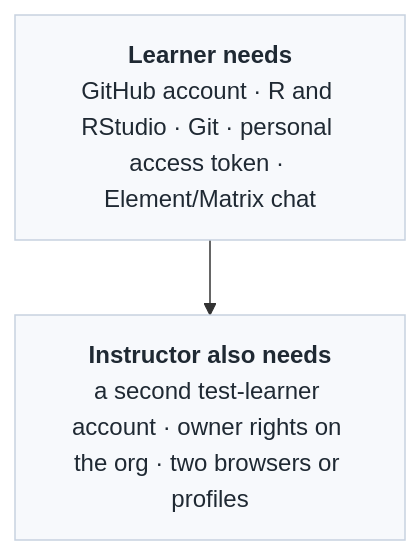
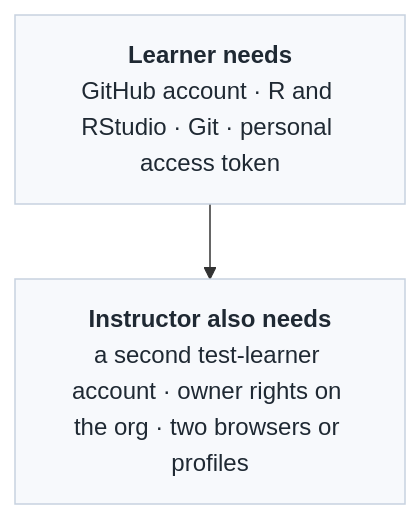
One commit to gitforsci/website changed the diagram in part-prerequisites.qmd. Above: the diagram before and after it, drawn with Mermaid. The commit also changed other lines of this file and 17 other files, not shown here.

````diff
--- a/part-prerequisites.qmd
+++ b/part-prerequisites.qmd
@@ -11,9 +11,9 @@
 ```{mermaid}
 flowchart TD
     classDef layer fill:#f7f9fc,stroke:#c7d2e0,color:#1f2933;
 
-    L["<b>Learner needs</b><br/>GitHub account · R and RStudio · Git · personal access token · Element/Matrix chat"]:::layer
+    L["<b>Learner needs</b><br/>GitHub account · R and RStudio · Git · personal access token"]:::layer
     T["<b>Instructor also needs</b><br/>a second test-learner account · owner rights on the org · two browsers or profiles"]:::layer
 
     L --> T
 ```
````
